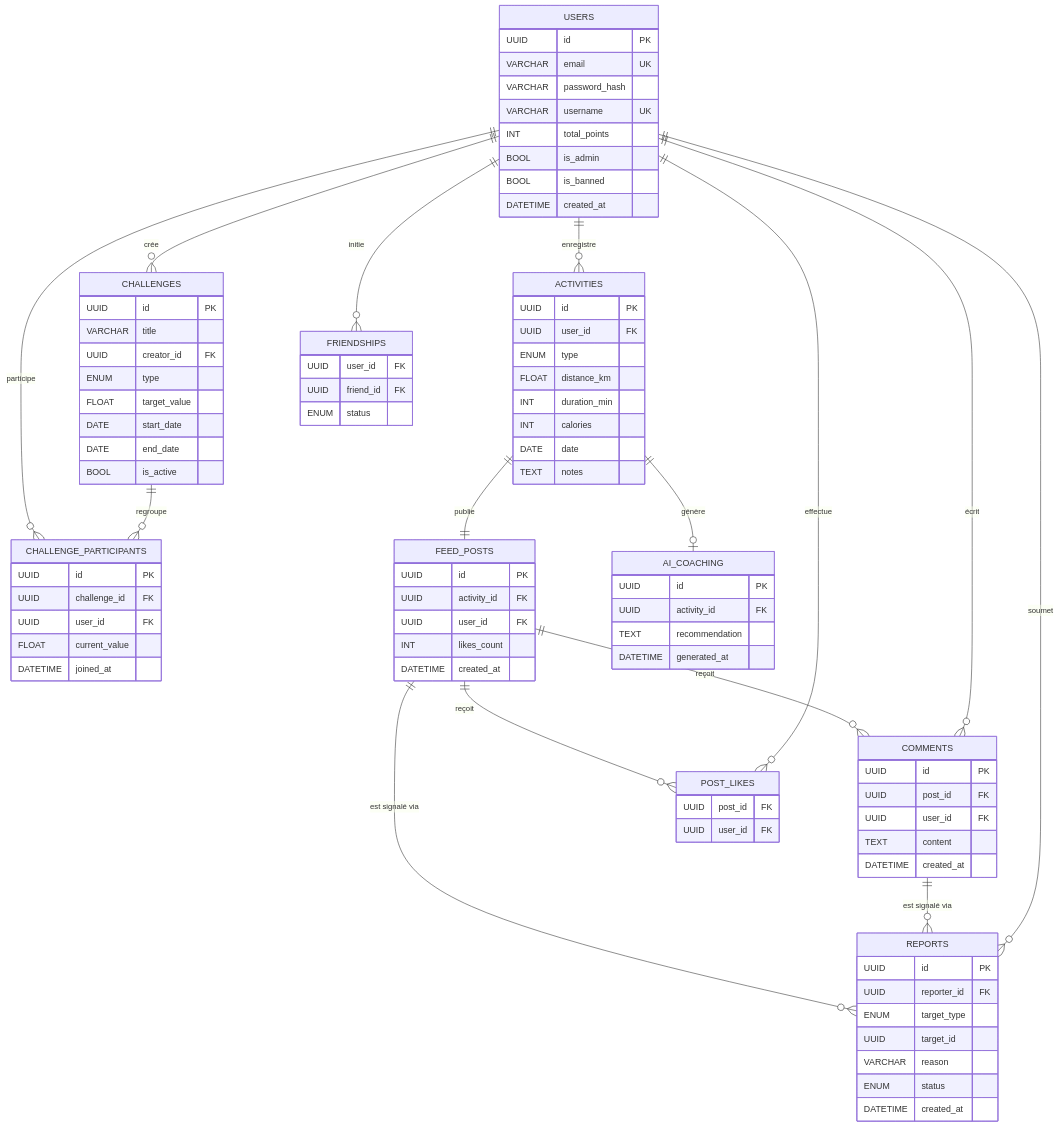
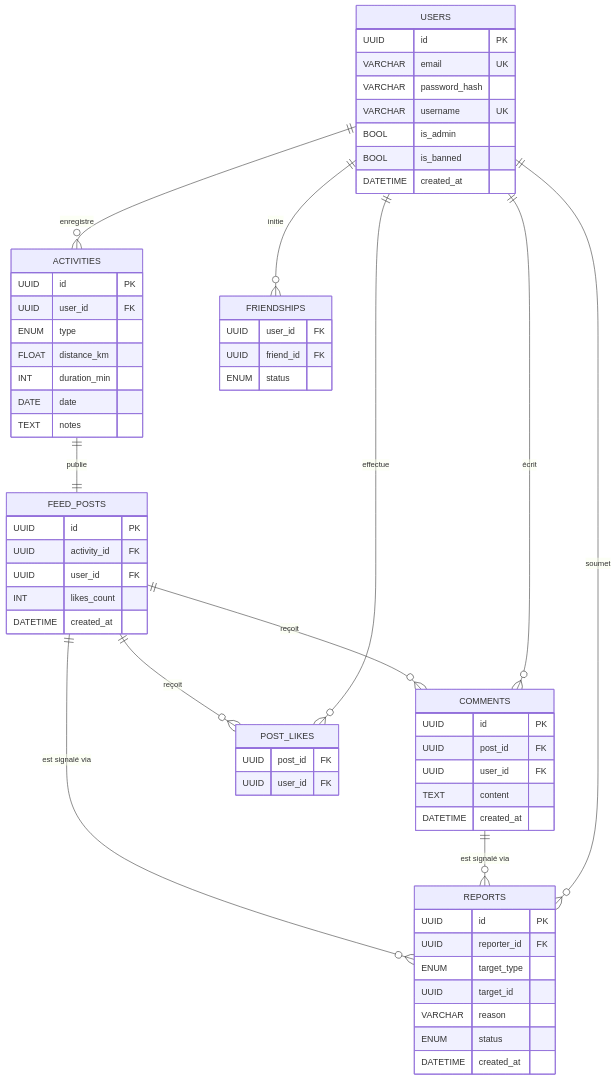
Before and after one commit to arthurmoulard/Sweelo_APP: the third of 9 diagrams in README.md, drawn with Mermaid. The commit also changed other lines of this file, not shown here.

```diff
--- a/README.md
+++ b/README.md
@@ -275,7 +653,6 @@
         VARCHAR email UK
         VARCHAR password_hash
         VARCHAR username UK
-        INT total_points
         BOOL is_admin
         BOOL is_banned
         DATETIME created_at
@@ -287,28 +664,8 @@
         ENUM type
         FLOAT distance_km
         INT duration_min
-        INT calories
         DATE date
         TEXT notes
-    }
-
-    CHALLENGES {
-        UUID id PK
-        VARCHAR title
-        UUID creator_id FK
-        ENUM type
-        FLOAT target_value
-        DATE start_date
-        DATE end_date
-        BOOL is_active
-    }
-
-    CHALLENGE_PARTICIPANTS {
-        UUID id PK
-        UUID challenge_id FK
-        UUID user_id FK
-        FLOAT current_value
-        DATETIME joined_at
     }
 
     FEED_POSTS {
@@ -338,13 +695,6 @@
         ENUM status
     }
 
-    AI_COACHING {
-        UUID id PK
-        UUID activity_id FK
-        TEXT recommendation
-        DATETIME generated_at
-    }
-
     REPORTS {
         UUID id PK
         UUID reporter_id FK
@@ -356,11 +706,7 @@
     }
 
     USERS ||--o{ ACTIVITIES : "enregistre"
-    USERS ||--o{ CHALLENGES : "crée"
-    USERS ||--o{ CHALLENGE_PARTICIPANTS : "participe"
-    CHALLENGES ||--o{ CHALLENGE_PARTICIPANTS : "regroupe"
     ACTIVITIES ||--|| FEED_POSTS : "publie"
-    ACTIVITIES ||--o| AI_COACHING : "génère"
     FEED_POSTS ||--o{ COMMENTS : "reçoit"
     FEED_POSTS ||--o{ POST_LIKES : "reçoit"
     FEED_POSTS ||--o{ REPORTS : "est signalé via"
```
